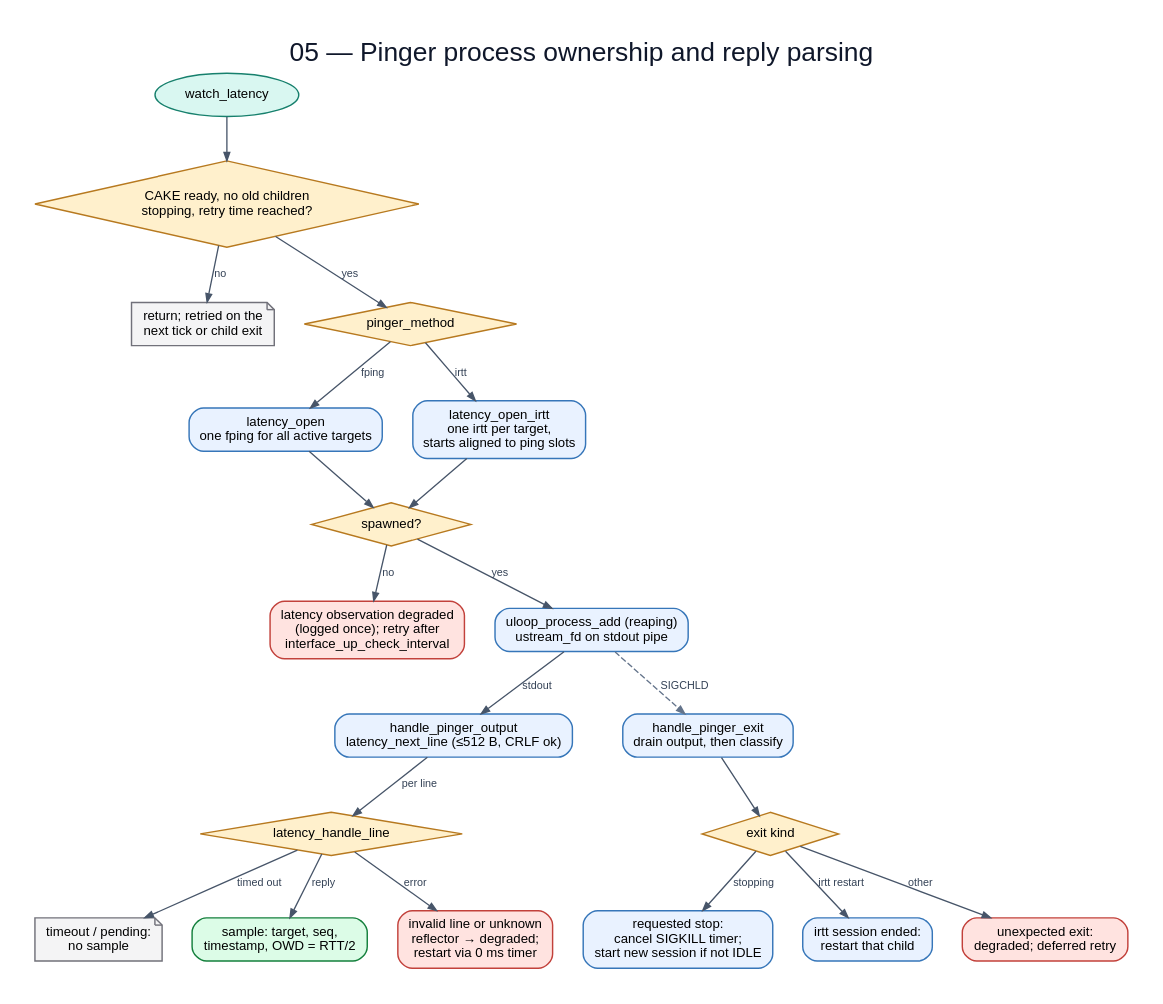
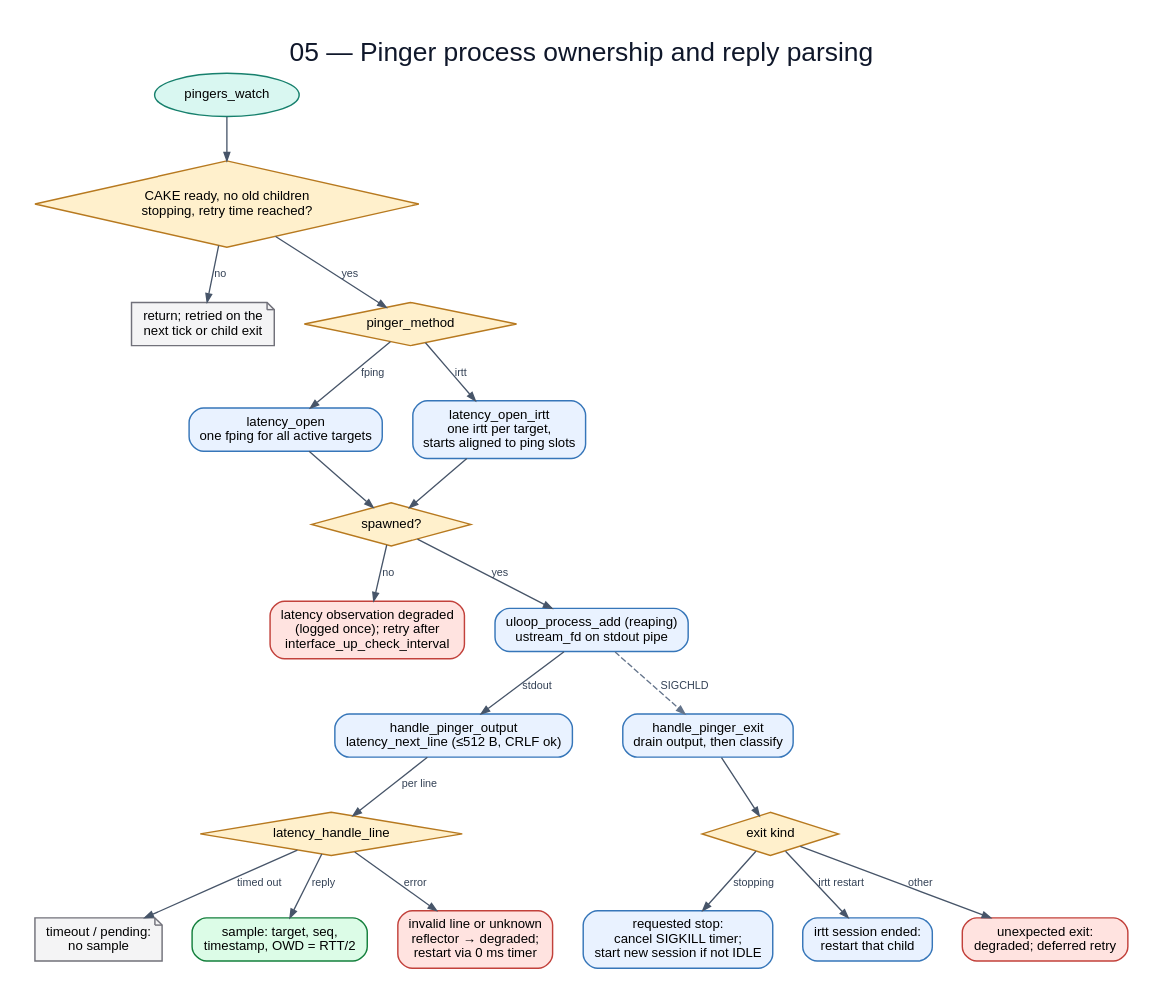
One commit to huydoan94/cake-adapt changed the diagram in flowchart/diagrams/05-fping-process.dot. Above: the diagram before and after it, drawn with Graphviz. The commit also changed 19 other files, not shown here.

First line of the commit message:
Regenerate the flowcharts for the restructured monitor

```diff
--- a/flowchart/diagrams/05-fping-process.dot
+++ b/flowchart/diagrams/05-fping-process.dot
@@ -1,43 +1,43 @@
 digraph G {
   graph [rankdir=TB,bgcolor="white",pad="0.30",nodesep="0.35",ranksep="0.48",splines=polyline,fontname="Arial",label="05 — Pinger process ownership and reply parsing",labelloc=t,fontsize=22,fontcolor="#0f172a"];
   node [fontname="Arial",fontsize=11,margin="0.14,0.09",penwidth=1.2];
   edge [fontname="Arial",fontsize=9,color="#475569",fontcolor="#334155",arrowsize=0.7,penwidth=1.1];
-  watch [label="watch_latency",shape=oval,style="filled",fillcolor="#d9f7f1",color="#17806d"];
+  watch [label="pingers_watch",shape=oval,style="filled",fillcolor="#d9f7f1",color="#17806d"];
   ready [label="CAKE ready, no old children\nstopping, retry time reached?",shape=diamond,style="filled",fillcolor="#fff0cc",color="#b7791f"];
   wait [label="return; retried on the\nnext tick or child exit",shape=note,style="filled",fillcolor="#f4f4f5",color="#71717a"];
   method [label="pinger_method",shape=diamond,style="filled",fillcolor="#fff0cc",color="#b7791f"];
   fping [label="latency_open\none fping for all active targets",shape=box,style="rounded,filled",fillcolor="#e9f2ff",color="#3676b9"];
   irtt [label="latency_open_irtt\none irtt per target,\nstarts aligned to ping slots",shape=box,style="rounded,filled",fillcolor="#e9f2ff",color="#3676b9"];
   spawnok [label="spawned?",shape=diamond,style="filled",fillcolor="#fff0cc",color="#b7791f"];
   degraded [label="latency observation degraded\n(logged once); retry after\ninterface_up_check_interval",shape=box,style="rounded,filled",fillcolor="#ffe3e0",color="#c2413b"];
   register [label="uloop_process_add (reaping)\nustream_fd on stdout pipe",shape=box,style="rounded,filled",fillcolor="#e9f2ff",color="#3676b9"];
   read [label="handle_pinger_output\nlatency_next_line (≤512 B, CRLF ok)",shape=box,style="rounded,filled",fillcolor="#e9f2ff",color="#3676b9"];
   parse [label="latency_handle_line",shape=diamond,style="filled",fillcolor="#fff0cc",color="#b7791f"];
   timeout [label="timeout / pending:\nno sample",shape=note,style="filled",fillcolor="#f4f4f5",color="#71717a"];
   sample [label="sample: target, seq,\ntimestamp, OWD = RTT/2",shape=box,style="rounded,filled,bold",fillcolor="#dcfce7",color="#15803d"];
   bad [label="invalid line or unknown\nreflector → degraded;\nrestart via 0 ms timer",shape=box,style="rounded,filled",fillcolor="#ffe3e0",color="#c2413b"];
   exit [label="handle_pinger_exit\ndrain output, then classify",shape=box,style="rounded,filled",fillcolor="#e9f2ff",color="#3676b9"];
   exitkind [label="exit kind",shape=diamond,style="filled",fillcolor="#fff0cc",color="#b7791f"];
   stopped [label="requested stop:\ncancel SIGKILL timer;\nstart new session if not IDLE",shape=box,style="rounded,filled",fillcolor="#e9f2ff",color="#3676b9"];
   irttre [label="irtt session ended:\nrestart that child",shape=box,style="rounded,filled",fillcolor="#e9f2ff",color="#3676b9"];
   crash [label="unexpected exit:\ndegraded; deferred retry",shape=box,style="rounded,filled",fillcolor="#ffe3e0",color="#c2413b"];
   watch -> ready;
   ready -> wait [label="no"];
   ready -> method [label="yes"];
   method -> fping [label="fping"];
   method -> irtt [label="irtt"];
   fping -> spawnok;
   irtt -> spawnok;
   spawnok -> degraded [label="no"];
   spawnok -> register [label="yes"];
   register -> read [label="stdout"];
   read -> parse [label="per line"];
   parse -> timeout [label="timed out"];
   parse -> sample [label="reply"];
   parse -> bad [label="error"];
   register -> exit [label="SIGCHLD",style=dashed,color="#64748b"];
   exit -> exitkind;
   exitkind -> stopped [label="stopping"];
   exitkind -> irttre [label="irtt restart"];
   exitkind -> crash [label="other"];
 }
```
